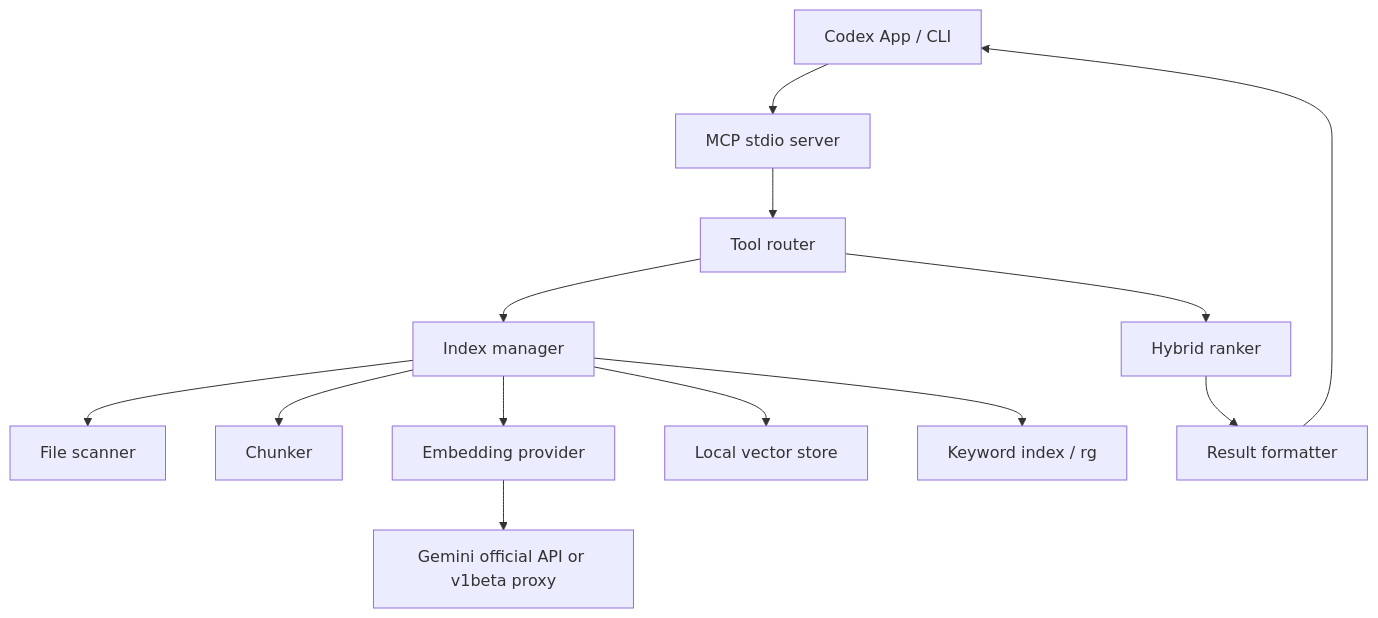
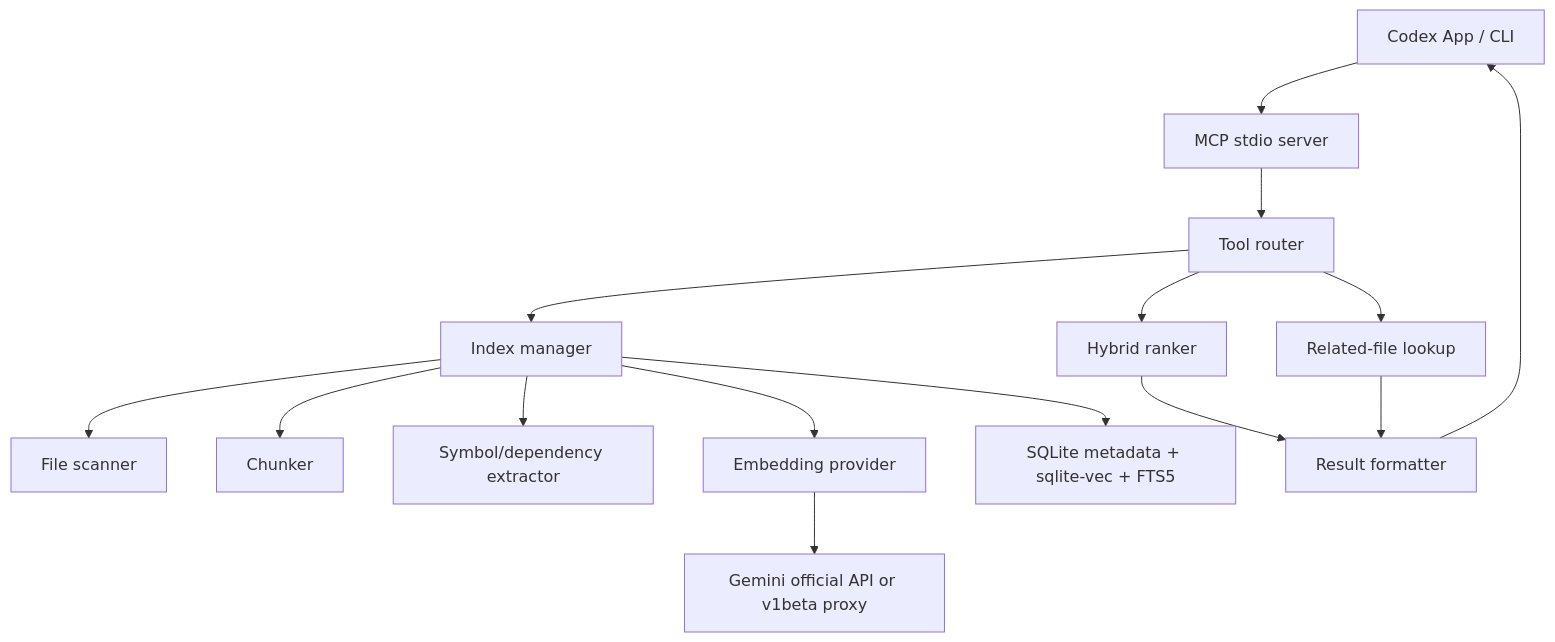
Before and after one commit to Lianye-Scythe/scythe-context-mcp: the diagram in docs/ARCHITECTURE.md, drawn with Mermaid. The commit also changed other lines of this file and 11 other files, not shown here.

Commit message:
Add lightweight symbol graph

````diff
--- a/docs/ARCHITECTURE.md
+++ b/docs/ARCHITECTURE.md
@@ -38,15 +38,17 @@
 ```mermaid
 flowchart TD
   A["Codex App / CLI"] --> B["MCP stdio server"]
   B --> C["Tool router"]
   C --> D["Index manager"]
   D --> E["File scanner"]
   D --> F["Chunker"]
-  D --> G["Embedding provider"]
-  G --> H["Gemini official API or v1beta proxy"]
-  D --> I["Local vector store"]
-  D --> J["Keyword index / rg"]
+  D --> G["Symbol/dependency extractor"]
+  D --> H["Embedding provider"]
+  H --> I["Gemini official API or v1beta proxy"]
+  D --> J["SQLite metadata + sqlite-vec + FTS5"]
   C --> K["Hybrid ranker"]
-  K --> L["Result formatter"]
-  L --> A
+  C --> L["Related-file lookup"]
+  K --> M["Result formatter"]
+  L --> M
+  M --> A
 ```
````
